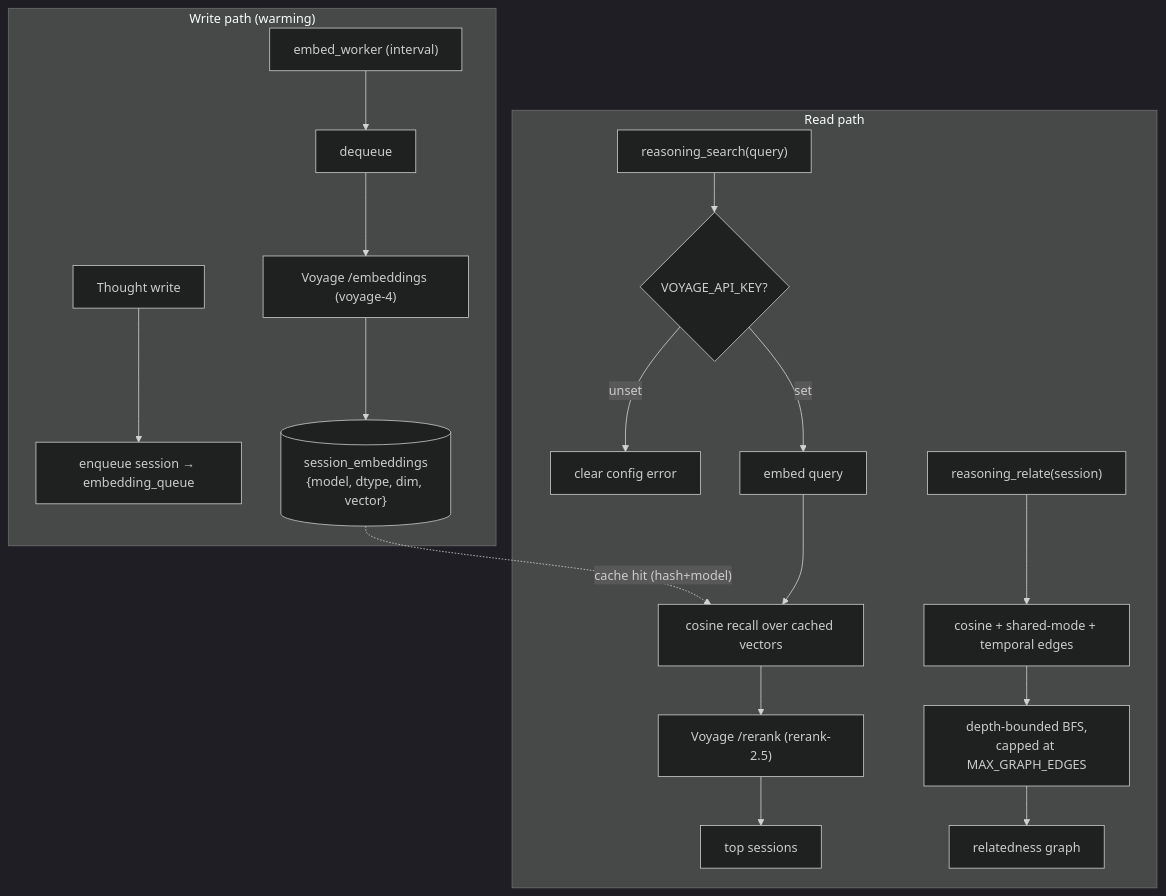
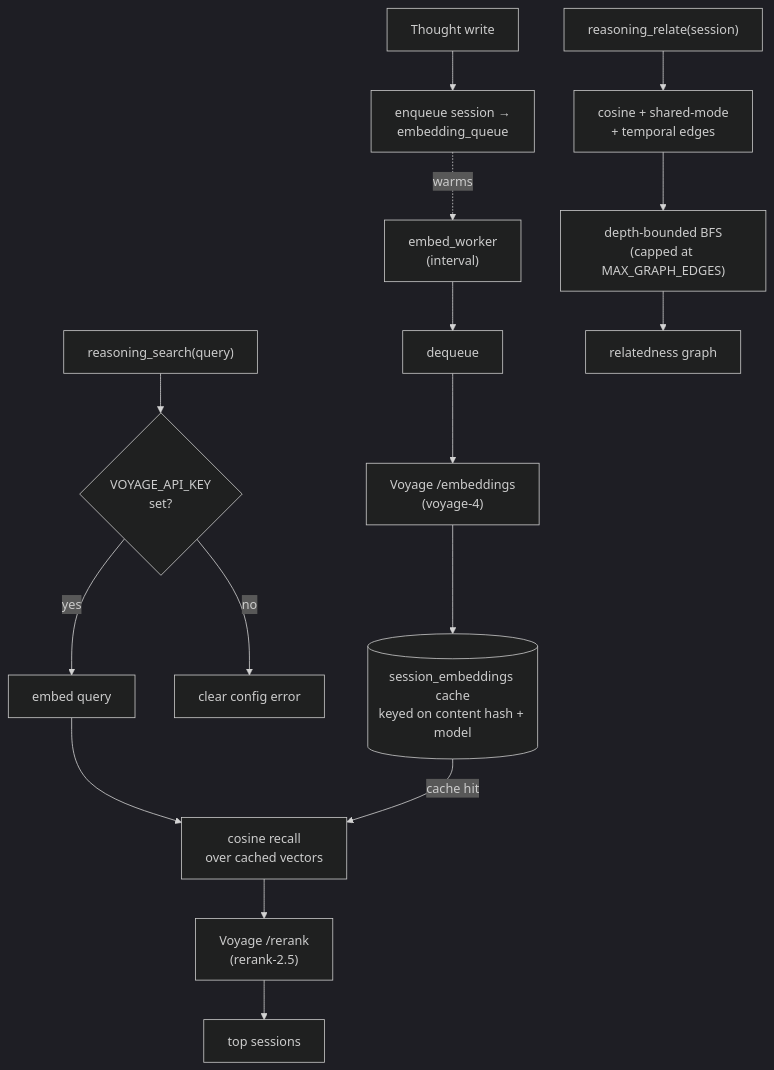
One commit to quanticsoul4772/mcp-reasoning changed the fifth of 8 diagrams in docs/reference/END_TO_END_FLOW.md. Above: the diagram before and after it, drawn with Mermaid (dark theme). The commit also changed other lines of this file, not shown here.

First line of the commit message:
docs(flow): fix Mermaid diagrams where nodes fell outside subgraph frames (#179)

````diff
--- a/docs/reference/END_TO_END_FLOW.md
+++ b/docs/reference/END_TO_END_FLOW.md
@@ -184,23 +180,23 @@
 ```mermaid
 flowchart TB
-    subgraph Write["Write path (warming)"]
-        TW["Thought write"] --> EQ["enqueue session → embedding_queue"]
-        EW["embed_worker (interval)"] --> DQ["dequeue"]
-        DQ --> EMB["Voyage /embeddings (voyage-4)"]
-        EMB --> Cache[("session_embeddings<br/>{model, dtype, dim, vector}")]
-    end
+    %% Write / warming path fills the cache
+    TW["Thought write"] --> EQ["enqueue session →<br/>embedding_queue"]
+    EQ -.->|"warms"| EW["embed_worker<br/>(interval)"]
+    EW --> DQ["dequeue"]
+    DQ --> EMB["Voyage /embeddings<br/>(voyage-4)"]
+    EMB --> Cache[("session_embeddings cache<br/>keyed on content hash + model")]
 
-    subgraph Read["Read path"]
-        Q["reasoning_search(query)"] --> Key{"VOYAGE_API_KEY?"}
-        Key -->|"unset"| CfgErr["clear config error"]
-        Key -->|"set"| QE["embed query"]
-        QE --> Cos["cosine recall over cached vectors"]
-        Cos --> Rank["Voyage /rerank (rerank-2.5)"]
-        Rank --> Top["top sessions"]
-        Cache -.->|"cache hit (hash+model)"| Cos
+    %% Read path — search reads the cache
+    Q["reasoning_search(query)"] --> Key{"VOYAGE_API_KEY<br/>set?"}
+    Key -->|"no"| CfgErr["clear config error"]
+    Key -->|"yes"| QE["embed query"]
+    QE --> Cos["cosine recall<br/>over cached vectors"]
+    Cache -->|"cache hit"| Cos
+    Cos --> Rank["Voyage /rerank<br/>(rerank-2.5)"]
+    Rank --> Top["top sessions"]
 
-        RL["reasoning_relate(session)"] --> Edges["cosine + shared-mode + temporal edges"]
-        Edges --> BFS["depth-bounded BFS,<br/>capped at MAX_GRAPH_EDGES"]
-        BFS --> Graph["relatedness graph"]
-    end
+    %% Read path — relate
+    RL["reasoning_relate(session)"] --> Edges["cosine + shared-mode<br/>+ temporal edges"]
+    Edges --> BFS["depth-bounded BFS<br/>(capped at MAX_GRAPH_EDGES)"]
+    BFS --> Graph["relatedness graph"]
 ```
````
